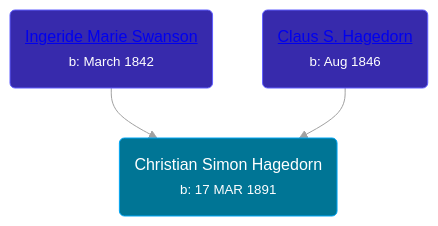
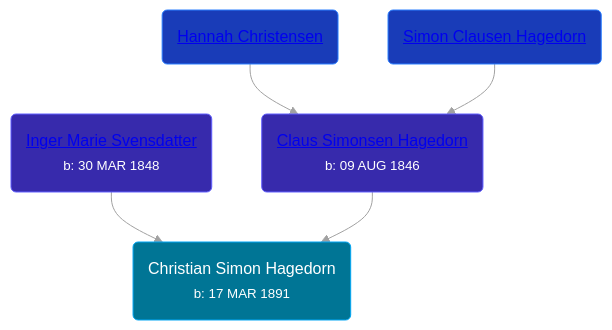
One commit to wpmgotkh/wpmgotkh.github.io changed the diagram in pages/people/9/92811722.md. Above: the diagram before and after it, drawn with Mermaid (forest theme). The commit also changed other lines of this file and 213 other files, not shown here.

````diff
--- a/pages/people/9/92811722.md
+++ b/pages/people/9/92811722.md
@@ -10,10 +10,12 @@
 ```mermaid
 graph
 classDef grands fill:#193cb8,stroke:#2b7fff,stroke-width:1px,color:#fff;
 classDef parents fill:#372aac,stroke:#615fff,stroke-width:1px,color:#fff;
 classDef primary fill:#007595,stroke:#00a6f4,stroke-width:1px,color:#fff;
 92811722(Christian Simon Hagedorn<br /><small>b: 17 MAR 1891</small>):::primary
-41786466(<a class="text-white" href="/people/4/41786466">Ingeride Marie Swanson</a><br /><small>b: March 1842</small>):::parents-->92811722
-89695136(<a class="text-white" href="/people/8/89695136">Claus S. Hagedorn</a><br /><small>b: Aug 1846</small>):::parents-->92811722
+41786466(<a class="text-white" href="/people/4/41786466">Inger Marie Svensdatter</a><br /><small>b: 30 MAR 1848</small>):::parents-->92811722
+89695136(<a class="text-white" href="/people/8/89695136">Claus Simonsen Hagedorn</a><br /><small>b: 09 AUG 1846</small>):::parents-->92811722
+1113854(<a class="text-white" href="/people/1/1113854">Hannah Christensen</a>):::grands-->89695136
+50450582(<a class="text-white" href="/people/5/50450582">Simon Clausen Hagedorn</a>):::grands-->89695136
 linkStyle default stroke:#a1a1a1
 ```
````
